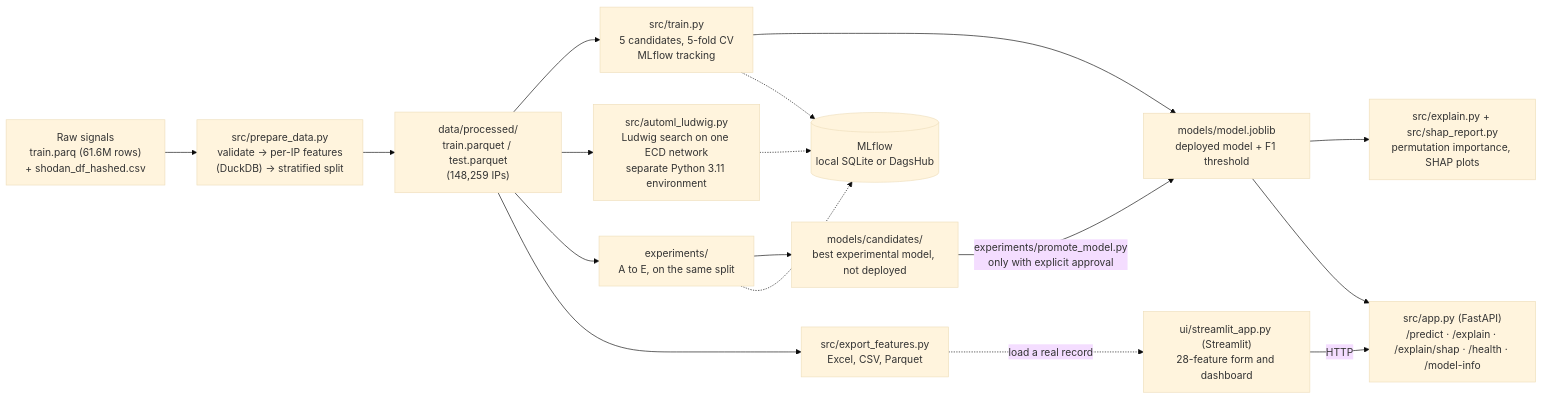
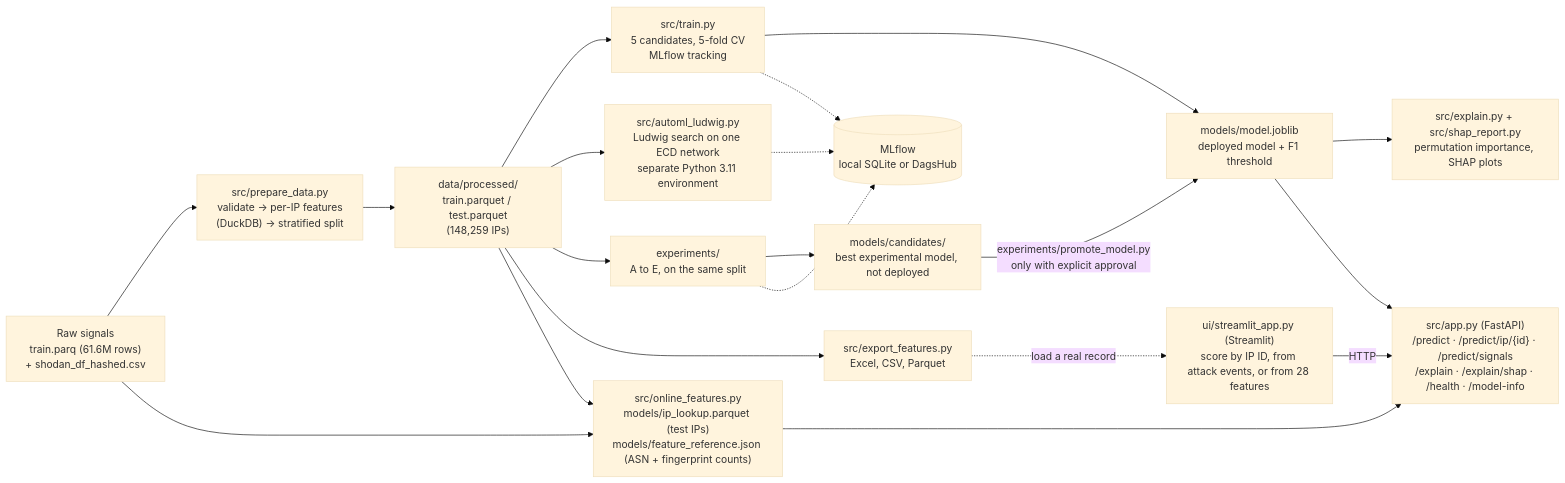
The diagram in README.md (uzair-khiiba/VPN-Classifier-MLOps), drawn with Mermaid (base theme) before and after one commit. The commit also changed other lines of this file and 13 other files, not shown here.

````diff
--- a/README.md
+++ b/README.md
@@ -12,19 +12,22 @@
 ```mermaid
 flowchart LR
     A["Raw signals<br/>train.parq (61.6M rows)<br/>+ shodan_df_hashed.csv"] --> B["src/prepare_data.py<br/>validate → per-IP features<br/>(DuckDB) → stratified split"]
     B --> C["data/processed/<br/>train.parquet / test.parquet<br/>(148,259 IPs)"]
     C --> D["src/train.py<br/>5 candidates, 5-fold CV<br/>MLflow tracking"]
     C --> L["src/automl_ludwig.py<br/>Ludwig search on one ECD network<br/>separate Python 3.11 environment"]
     C --> R["experiments/<br/>A to E, on the same split"]
     C --> XL["src/export_features.py<br/>Excel, CSV, Parquet"]
+    A --> OF["src/online_features.py<br/>models/ip_lookup.parquet (test IPs)<br/>models/feature_reference.json (ASN + fingerprint counts)"]
+    C --> OF
+    OF --> F
     E --> X["src/explain.py + src/shap_report.py<br/>permutation importance, SHAP plots"]
     D --> E["models/model.joblib<br/>deployed model + F1 threshold"]
     R --> CA["models/candidates/<br/>best experimental model, not deployed"]
     CA -->|"experiments/promote_model.py<br/>only with explicit approval"| E
-    E --> F["src/app.py (FastAPI)<br/>/predict · /explain · /explain/shap · /health · /model-info"]
-    U["ui/streamlit_app.py (Streamlit)<br/>28-feature form and dashboard"] -->|HTTP| F
+    E --> F["src/app.py (FastAPI)<br/>/predict · /predict/ip/{id} · /predict/signals<br/>/explain · /explain/shap · /health · /model-info"]
+    U["ui/streamlit_app.py (Streamlit)<br/>score by IP ID, from attack events, or from 28 features"] -->|HTTP| F
     XL -.->|"load a real record"| U
     D -.-> M[("MLflow<br/>local SQLite or DagsHub")]
     L -.-> M
     R -.-> M
 ```
````
